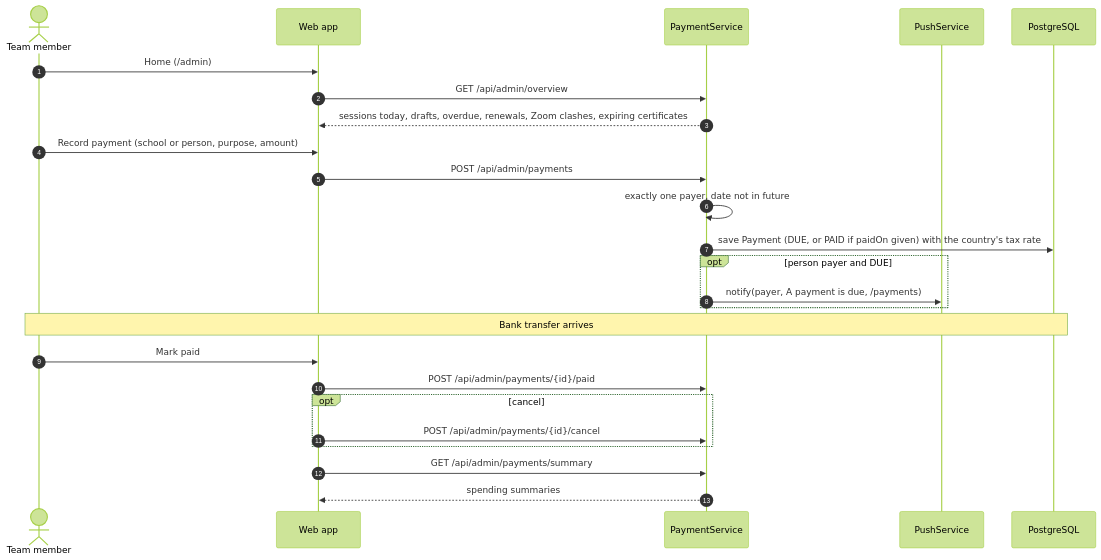
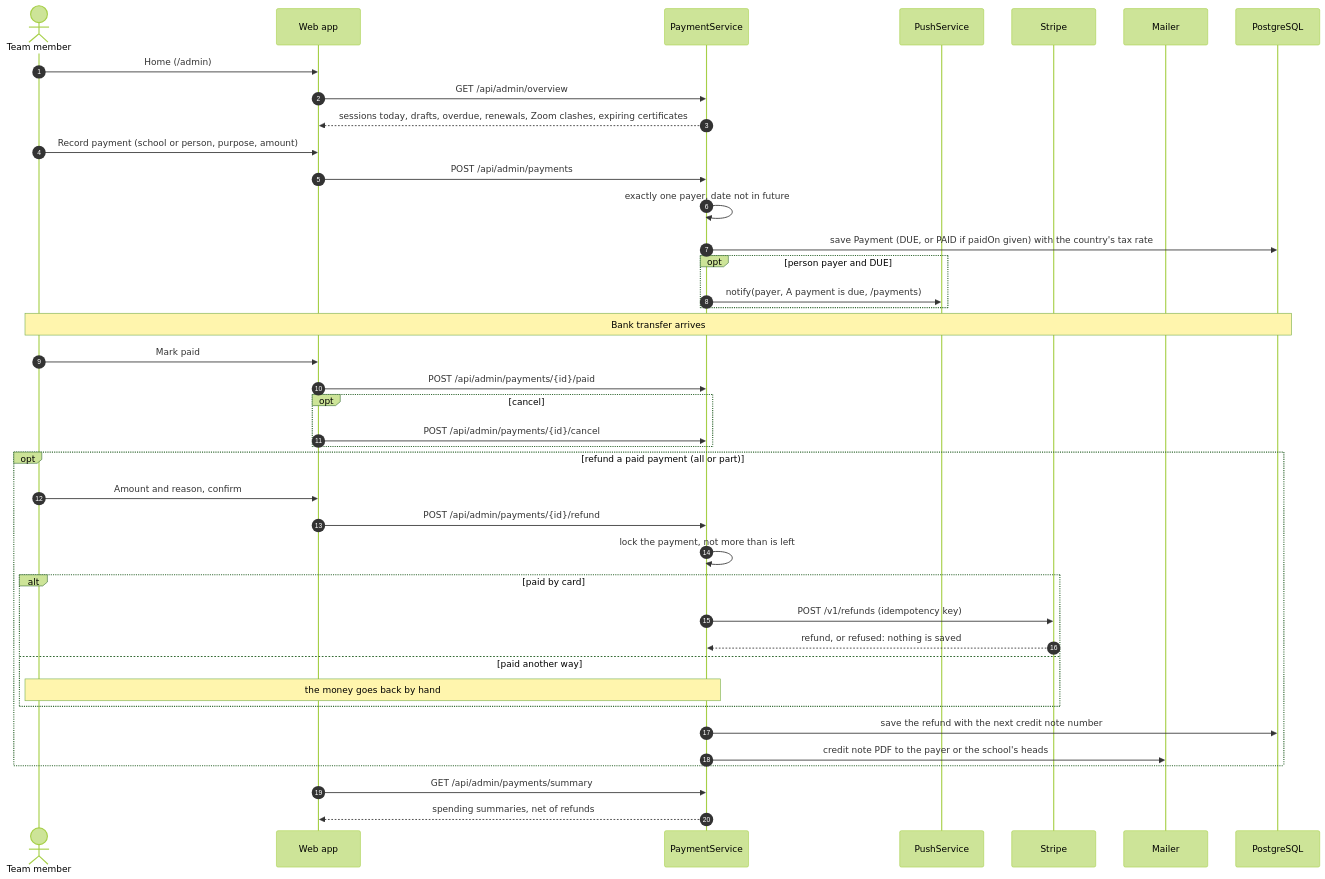
Before and after one commit to ersagarnikam/MoterMoversPlatform: the fourth of 4 diagrams in docs/flows/7-motor-movers-team.md, drawn with Mermaid (forest theme). The commit also changed other lines of this file and 35 other files, not shown here.

First line of the commit message:
Refund paid payments and issue credit notes

````diff
--- a/docs/flows/7-motor-movers-team.md
+++ b/docs/flows/7-motor-movers-team.md
@@ -149,27 +149,42 @@
 ```mermaid
 sequenceDiagram
   autonumber
   actor A as Team member
   participant W as Web app
   participant API as PaymentService
   participant PU as PushService
+  participant S as Stripe
+  participant M as Mailer
   participant DB as PostgreSQL
   A->>W: Home (/admin)
   W->>API: GET /api/admin/overview
   API-->>W: sessions today, drafts, overdue, renewals, Zoom clashes, expiring certificates
   A->>W: Record payment (school or person, purpose, amount)
   W->>API: POST /api/admin/payments
   API->>API: exactly one payer, date not in future
   API->>DB: save Payment (DUE, or PAID if paidOn given) with the country's tax rate
   opt person payer and DUE
     API->>PU: notify(payer, A payment is due, /payments)
   end
   Note over A,DB: Bank transfer arrives
   A->>W: Mark paid
   W->>API: POST /api/admin/payments/{id}/paid
   opt cancel
     W->>API: POST /api/admin/payments/{id}/cancel
   end
+  opt refund a paid payment (all or part)
+    A->>W: Amount and reason, confirm
+    W->>API: POST /api/admin/payments/{id}/refund
+    API->>API: lock the payment, not more than is left
+    alt paid by card
+      API->>S: POST /v1/refunds (idempotency key)
+      S-->>API: refund, or refused: nothing is saved
+    else paid another way
+      Note over A,API: the money goes back by hand
+    end
+    API->>DB: save the refund with the next credit note number
+    API->>M: credit note PDF to the payer or the school's heads
+  end
   W->>API: GET /api/admin/payments/summary
-  API-->>W: spending summaries
+  API-->>W: spending summaries, net of refunds
 ```
````
